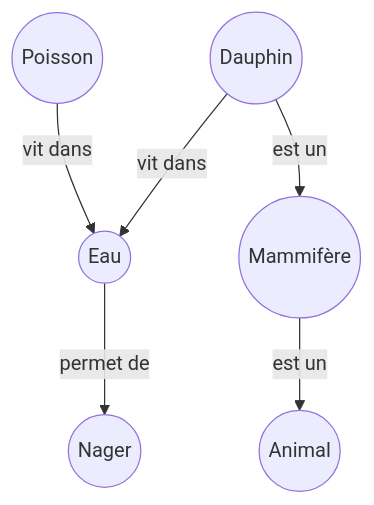
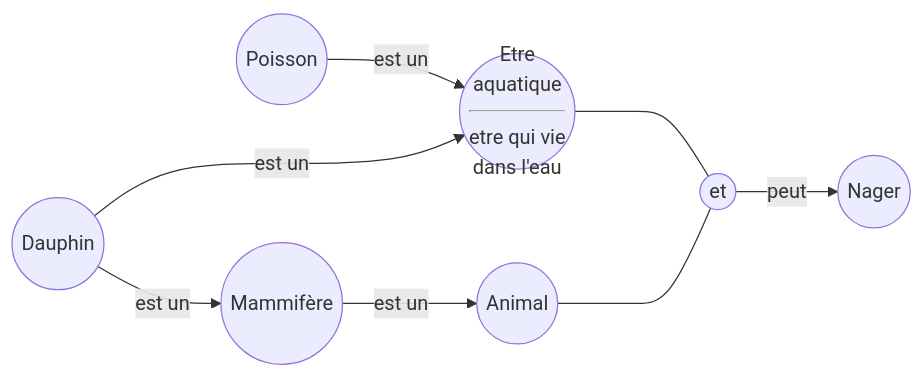
Before and after one commit to moad-cher/TPs-Ingenierie-des-Connaissances-: the second of 3 diagrams in TD-réseaux_semantiques/TD-CHERGUI-Moad.md, drawn with Mermaid. The commit also changed other lines of this file and 1 other file, not shown here.

````diff
--- a/TD-réseaux_semantiques/TD-CHERGUI-Moad.md
+++ b/TD-réseaux_semantiques/TD-CHERGUI-Moad.md
@@ -65,15 +66,17 @@
 ```mermaid
-graph
+graph LR
     Animal((Animal))
     Poisson((Poisson))
     Mammifere((Mammifère))
     Dauphin((Dauphin))
-    Eau((Eau))
+    Eau((Etre <br> aquatique<hr>etre qui vie <br> dans l'eau))
     Nager((Nager))
 
-    Poisson -->|vit dans| Eau
+    Poisson -->|est un| Eau
+    Dauphin -->|est un| Eau
+    Dauphin -->|est un| Mammifere
     Mammifere -->|est un| Animal
-    Dauphin -->|est un| Mammifere
-    Dauphin -->|vit dans| Eau
-    Eau -->|permet de| Nager
+    Eau ---- et((et))
+    Animal----et
+    et-->|peut| Nager
 ```
````
